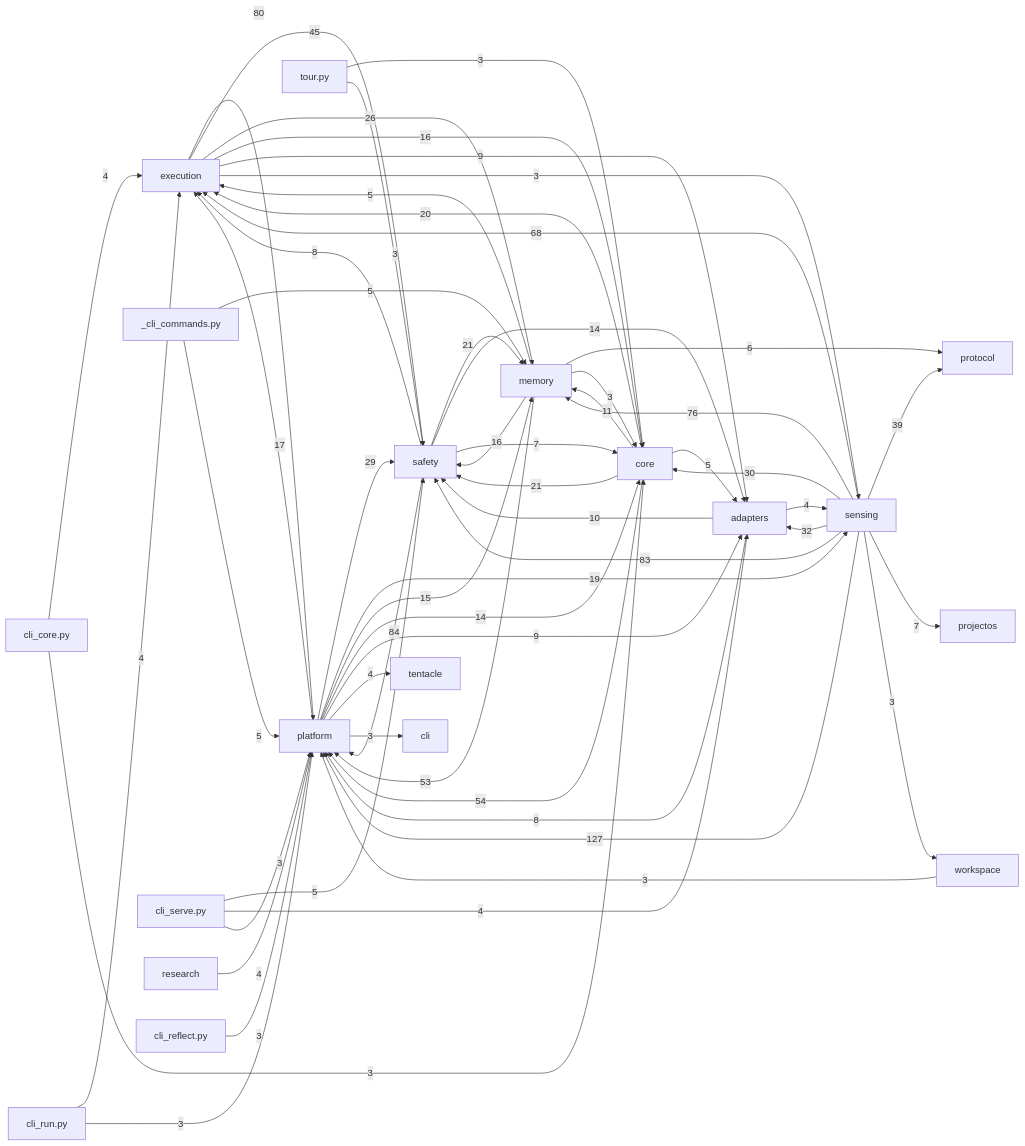
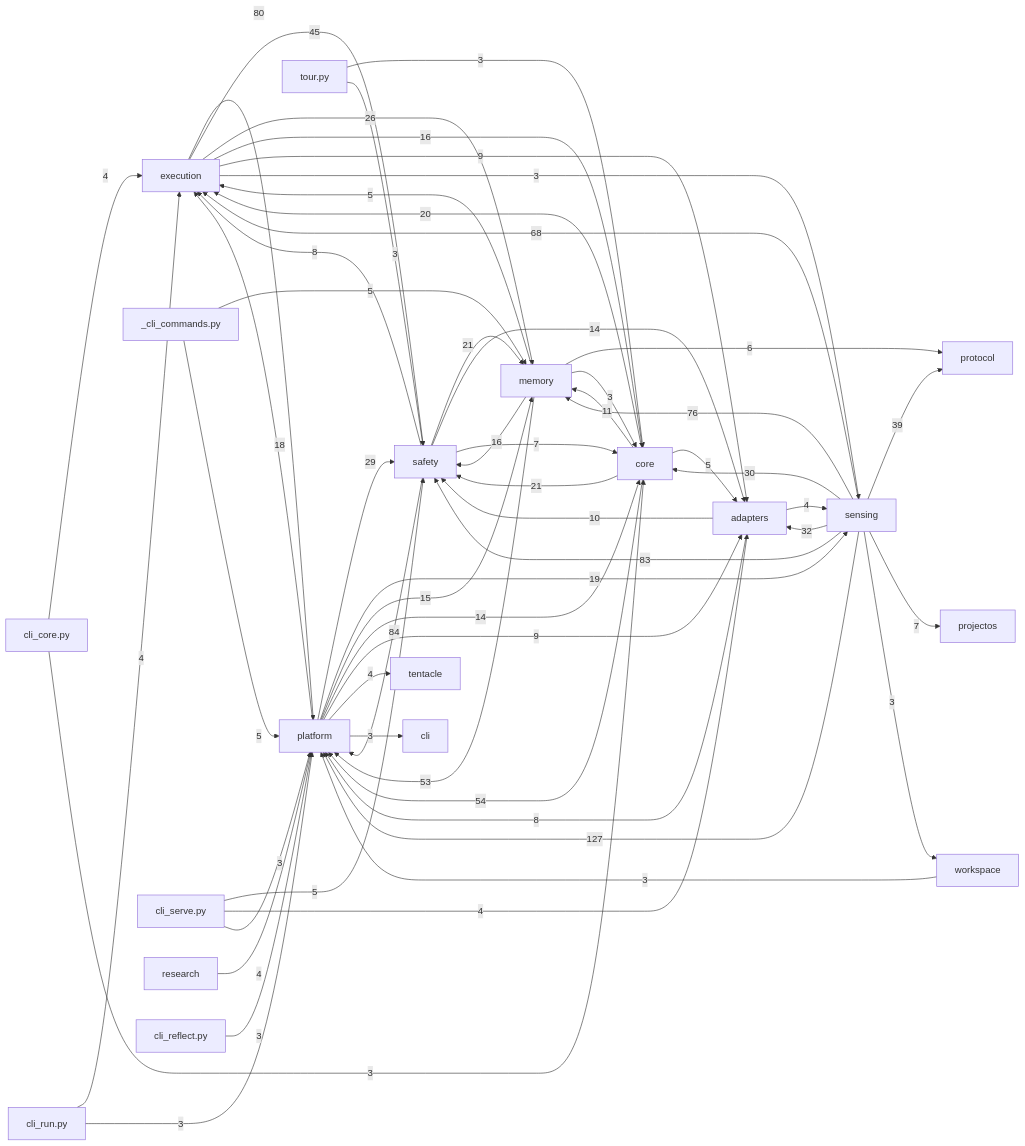
The diagram in docs/auto/20-backend/index.md (dengdenghua/octopus-agent), drawn with Mermaid before and after one commit. The commit also changed 23 other files, not shown here.

````diff
--- a/docs/auto/20-backend/index.md
+++ b/docs/auto/20-backend/index.md
@@ -26,65 +26,65 @@
 ```mermaid
 graph LR
   execution[execution]
   core[core]
   safety[safety]
   memory[memory]
   sensing[sensing]
   adapters[adapters]
   platform[platform]
   sensing -- 127 --> platform
   safety -- 84 --> platform
   sensing -- 83 --> safety
   execution -- 80 --> platform
   sensing -- 76 --> memory
   sensing -- 68 --> execution
   core -- 54 --> platform
   memory -- 53 --> platform
   execution -- 45 --> safety
   sensing -- 39 --> protocol
   sensing -- 32 --> adapters
   sensing -- 30 --> core
   platform -- 29 --> safety
   execution -- 26 --> memory
   core -- 21 --> safety
   safety -- 21 --> memory
   core -- 20 --> execution
   platform -- 19 --> sensing
-  platform -- 17 --> execution
+  platform -- 18 --> execution
   execution -- 16 --> core
   memory -- 16 --> safety
   platform -- 15 --> memory
   platform -- 14 --> core
   safety -- 14 --> adapters
   core -- 11 --> memory
   adapters -- 10 --> safety
   execution -- 9 --> adapters
   platform -- 9 --> adapters
   adapters -- 8 --> platform
   safety -- 8 --> execution
   safety -- 7 --> core
   sensing -- 7 --> projectos
   memory -- 6 --> protocol
   _cli_commands.py -- 5 --> memory
   _cli_commands.py -- 5 --> platform
   cli_serve.py -- 5 --> safety
   core -- 5 --> adapters
   memory -- 5 --> execution
   adapters -- 4 --> sensing
   cli_core.py -- 4 --> execution
   cli_run.py -- 4 --> execution
   cli_serve.py -- 4 --> adapters
   platform -- 4 --> tentacle
   research -- 4 --> platform
   cli_core.py -- 3 --> core
   cli_reflect.py -- 3 --> platform
   cli_run.py -- 3 --> platform
   cli_serve.py -- 3 --> platform
   execution -- 3 --> sensing
   memory -- 3 --> core
   platform -- 3 --> cli
   sensing -- 3 --> workspace
   tour.py -- 3 --> core
   tour.py -- 3 --> safety
   workspace -- 3 --> platform
 ```
````
